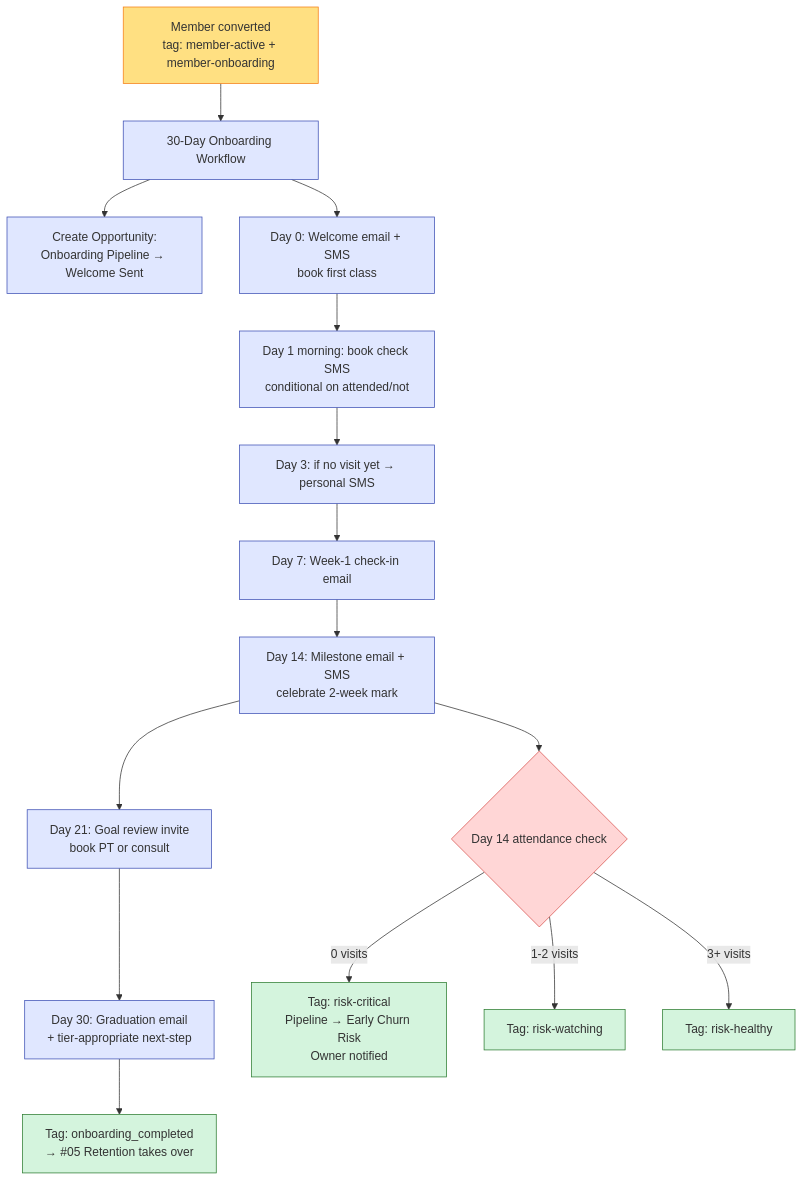
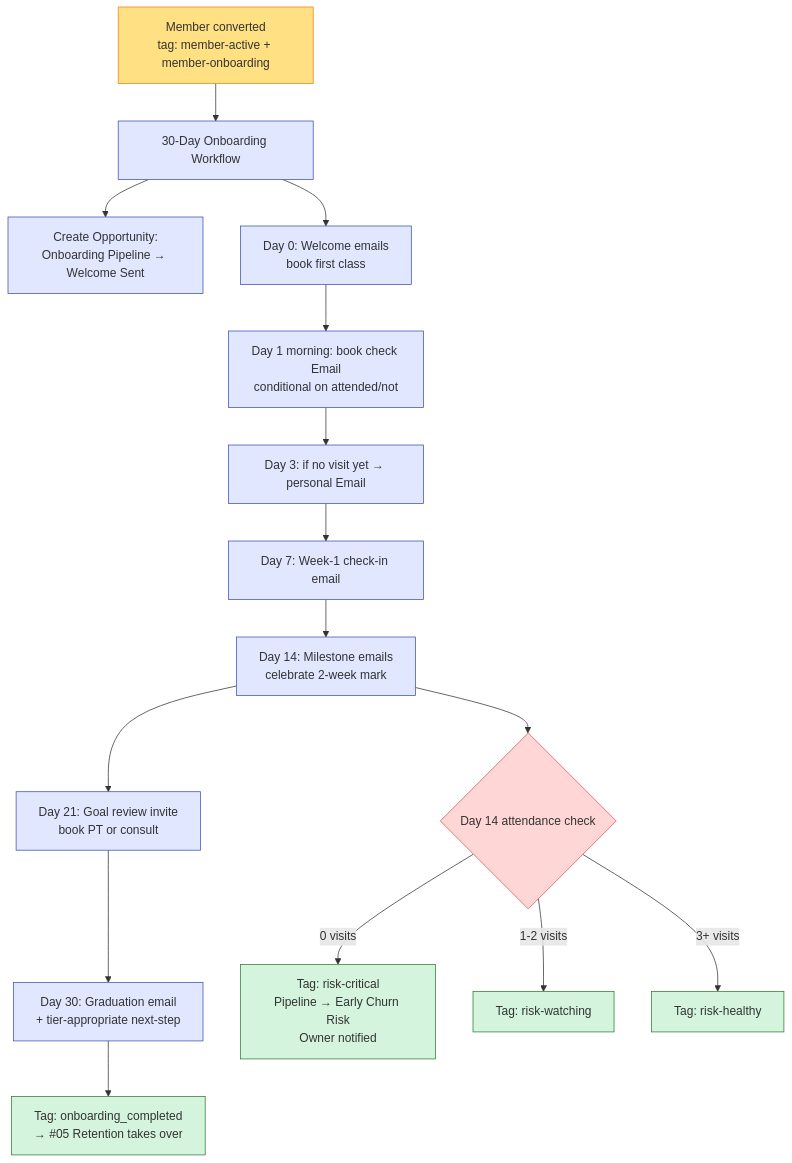
One commit to safeer-maker/GoHighLevel changed the diagram in client-demo/sunrise-wellness-studio/problems/04-new-member-onboarding/README.md. Above: the diagram before and after it, drawn with Mermaid. The commit also changed other lines of this file and 50 other files, not shown here.

````diff
--- a/client-demo/sunrise-wellness-studio/problems/04-new-member-onboarding/README.md
+++ b/client-demo/sunrise-wellness-studio/problems/04-new-member-onboarding/README.md
@@ -44,31 +44,31 @@
 ```mermaid
 graph TD
     Trigger[Member converted<br/>tag: member-active + member-onboarding] --> WF[30-Day Onboarding Workflow]
 
     WF --> Pipeline[Create Opportunity:<br/>Onboarding Pipeline → Welcome Sent]
 
-    WF --> D0[Day 0: Welcome email + SMS<br/>book first class]
-    D0 --> D1[Day 1 morning: book check SMS<br/>conditional on attended/not]
-    D1 --> D3[Day 3: if no visit yet → personal SMS]
+    WF --> D0[Day 0: Welcome emails<br/>book first class]
+    D0 --> D1[Day 1 morning: book check Email<br/>conditional on attended/not]
+    D1 --> D3[Day 3: if no visit yet → personal Email]
     D3 --> D7[Day 7: Week-1 check-in email]
-    D7 --> D14[Day 14: Milestone email + SMS<br/>celebrate 2-week mark]
+    D7 --> D14[Day 14: Milestone emails<br/>celebrate 2-week mark]
     D14 --> D21[Day 21: Goal review invite<br/>book PT or consult]
     D21 --> D30[Day 30: Graduation email<br/>+ tier-appropriate next-step]
 
     D14 --> Branch{Day 14 attendance check}
     Branch -->|0 visits| Risk[Tag: risk-critical<br/>Pipeline → Early Churn Risk<br/>Owner notified]
     Branch -->|1-2 visits| Watch[Tag: risk-watching]
     Branch -->|3+ visits| Healthy[Tag: risk-healthy]
 
     D30 --> Handoff[Tag: onboarding_completed<br/>→ #05 Retention takes over]
 
     classDef trigger fill:#FFE082,stroke:#F57F17
     classDef action fill:#E0E7FF,stroke:#3F51B5
     classDef branch fill:#FFD6D6,stroke:#D9534F
     classDef tag fill:#D4F4DD,stroke:#2E7D32
 
     class Trigger trigger
     class WF,Pipeline,D0,D1,D3,D7,D14,D21,D30 action
     class Branch branch
     class Risk,Watch,Healthy,Handoff tag
 ```
````
